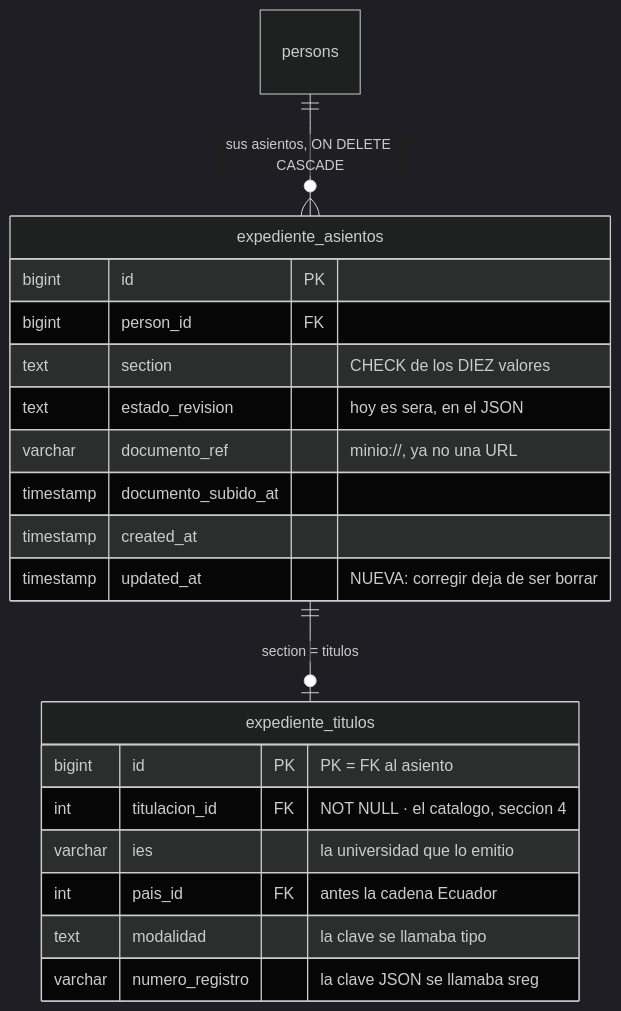
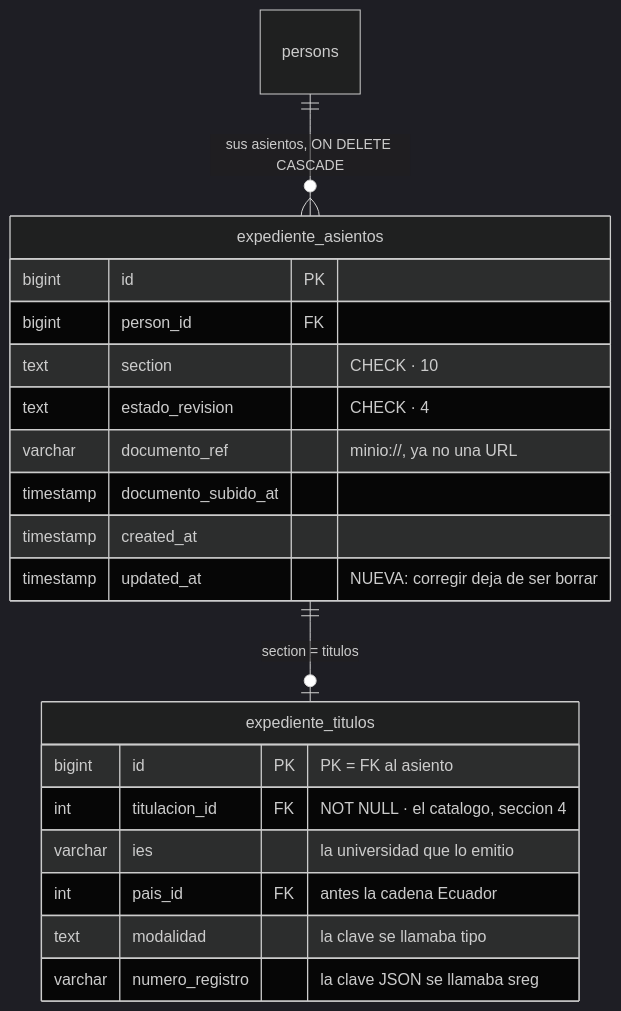
One commit to fresvel/deasy changed the first of 8 diagrams in docs/src/content/docs/complemento/expediente.md. Above: the diagram before and after it, drawn with Mermaid (dark theme). The commit also changed other lines of this file and 2 other files, not shown here.

````diff
--- a/docs/src/content/docs/complemento/expediente.md
+++ b/docs/src/content/docs/complemento/expediente.md
@@ -56,25 +56,25 @@
 ```mermaid
 erDiagram
   persons ||--o{ expediente_asientos : "sus asientos, ON DELETE CASCADE"
   expediente_asientos ||--o| expediente_titulos : "section = titulos"
 
   expediente_asientos {
     bigint id PK
     bigint person_id FK
-    text section "CHECK de los DIEZ valores"
-    text estado_revision "hoy es sera, en el JSON"
+    text section "CHECK · 10"
+    text estado_revision "CHECK · 4"
     varchar documento_ref "minio://, ya no una URL"
     timestamp documento_subido_at
     timestamp created_at
     timestamp updated_at "NUEVA: corregir deja de ser borrar"
   }
 
   expediente_titulos {
     bigint id PK "PK = FK al asiento"
     int titulacion_id FK "NOT NULL · el catalogo, seccion 4"
     varchar ies "la universidad que lo emitio"
     int pais_id FK "antes la cadena Ecuador"
     text modalidad "la clave se llamaba tipo"
     varchar numero_registro "la clave JSON se llamaba sreg"
   }
 ```
````
